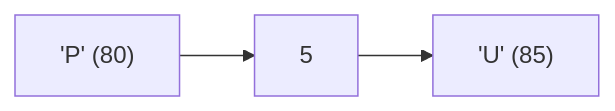
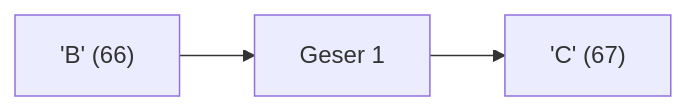
One commit to amnahwaida/OSNK_INF_PREP changed diagram 15 of 25 in part-c-pemahaman-cpp/01-tipe-data/latihan/set-12.md. Above: the diagram before and after it, drawn with Mermaid. The commit also changed other lines of this file and 71 other files, not shown here.

````diff
--- a/part-c-pemahaman-cpp/01-tipe-data/latihan/set-12.md
+++ b/part-c-pemahaman-cpp/01-tipe-data/latihan/set-12.md
@@ -402,5 +420,5 @@
 ```mermaid
 graph LR
-A["'P' (80)"] --> B["5"]
-B --> C["'U' (85)"]
+A["'B' (66)"] --> B["Geser 1"]
+B --> C["'C' (67)"]
 ```
````
